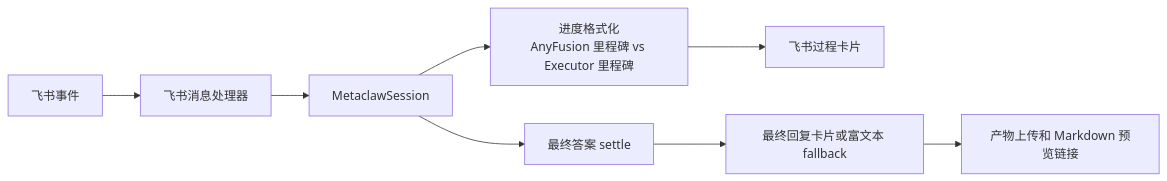
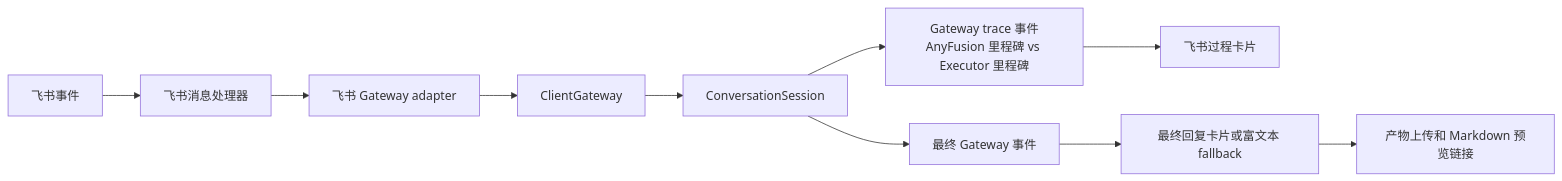
The fourth of 4 diagrams in docs/current/technical-overview.zh-CN.md (IFOSR/metawork), drawn with Mermaid before and after one commit. The commit also changed other lines of this file and 139 other files, not shown here.

````diff
--- a/docs/current/technical-overview.zh-CN.md
+++ b/docs/current/technical-overview.zh-CN.md
@@ -195,10 +194,12 @@
 ```mermaid
 flowchart LR
   Feishu[飞书事件] --> Handler[飞书消息处理器]
-  Handler --> Session[MetaclawSession]
-  Session --> Progress[进度格式化<br/>AnyFusion 里程碑 vs Executor 里程碑]
+  Handler --> Adapter[飞书 Gateway adapter]
+  Adapter --> Gateway[ClientGateway]
+  Gateway --> Conversation[ConversationSession]
+  Conversation --> Progress[Gateway trace 事件<br/>AnyFusion 里程碑 vs Executor 里程碑]
   Progress --> Cards[飞书过程卡片]
-  Session --> Final[最终答案 settle]
+  Conversation --> Final[最终 Gateway 事件]
   Final --> Reply[最终回复卡片或富文本 fallback]
   Reply --> Files[产物上传和 Markdown 预览链接]
 ```
````
